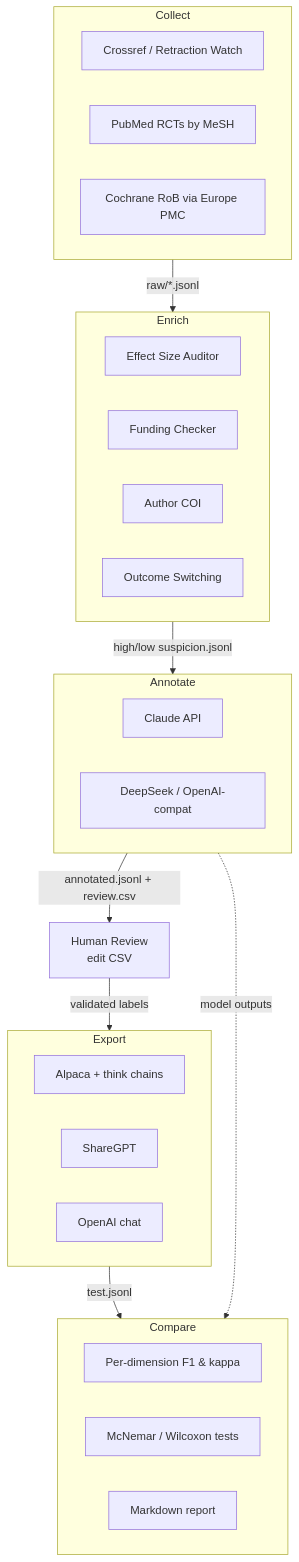
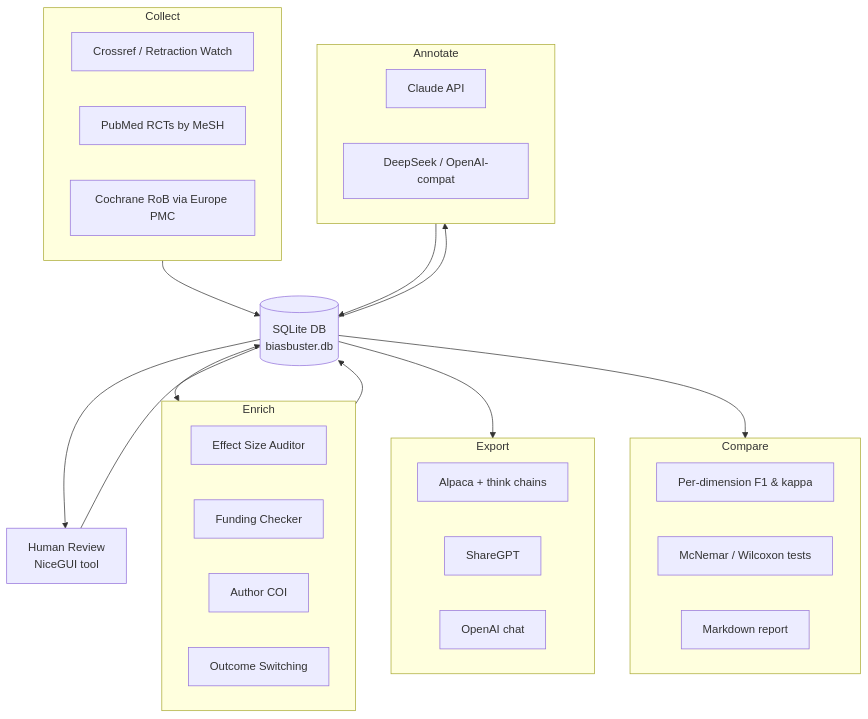
The diagram in README.md (hherb/biasbuster), drawn with Mermaid before and after one commit. The commit also changed other lines of this file and 1 other file, not shown here.

First line of the commit message:
Update README and CLAUDE.md for SQLite migration

````diff
--- a/README.md
+++ b/README.md
@@ -147,41 +171,43 @@
 ```mermaid
 flowchart TD
     subgraph Collect
         C1[Crossref / Retraction Watch]
         C2[PubMed RCTs by MeSH]
         C3[Cochrane RoB via Europe PMC]
     end
+
+    DB[(SQLite DB<br/>biasbuster.db)]
 
     subgraph Enrich
         E1[Effect Size Auditor]
         E2[Funding Checker]
         E3[Author COI]
         E4[Outcome Switching]
     end
 
     subgraph Annotate
         A1[Claude API]
         A2[DeepSeek / OpenAI-compat]
     end
 
-    HR[Human Review<br/>edit CSV]
+    HR[Human Review<br/>NiceGUI tool]
 
     subgraph Export
         X1[Alpaca + think chains]
         X2[ShareGPT]
         X3[OpenAI chat]
     end
 
     subgraph Compare
         M1[Per-dimension F1 & kappa]
         M2[McNemar / Wilcoxon tests]
         M3[Markdown report]
     end
 
-    Collect -- raw/*.jsonl --> Enrich
-    Enrich -- high/low suspicion.jsonl --> Annotate
-    Annotate -- annotated.jsonl + review.csv --> HR
-    HR -- validated labels --> Export
-    Export -- test.jsonl --> Compare
-    Annotate -. model outputs .-> Compare
+    Collect --> DB
+    DB --> Enrich --> DB
+    DB --> Annotate --> DB
+    DB --> HR --> DB
+    DB --> Export
+    DB --> Compare
 ```
````
